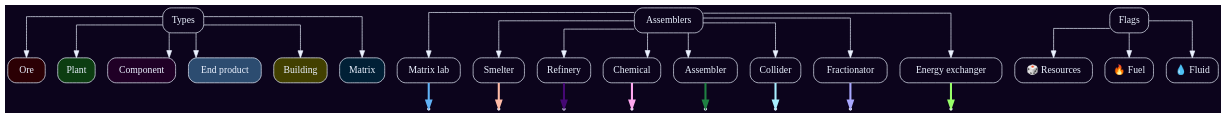
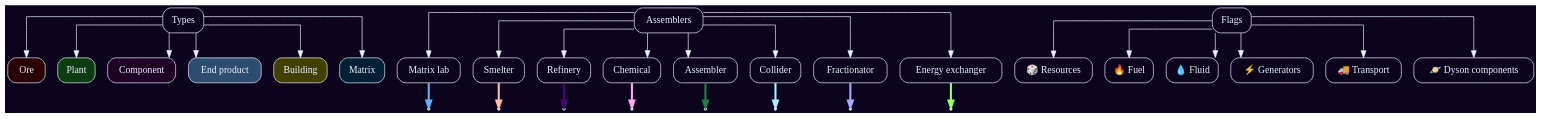
The diagram in graph/legend.gv (Sheridan/dsp_tools), drawn with Graphviz before and after one commit. The commit also changed 5 other files, not shown here.

```diff
--- a/graph/legend.gv
+++ b/graph/legend.gv
@@ -1,22 +1,25 @@
 digraph g {
   graph [overlap=false, splines=ortho, ratio=auto, bgcolor="#0c041c", fontcolor="#ebf2ff", fontname=Roboto, fontsize=10];
   node [shape=box, style="rounded,filled", fontcolor="#ebf2ff", color="#ebf2ff"];
   edge [fontcolor="#ebf2ff", color="#ebf2ff", penwidth=3, minlen=1];
 types [label="Types", fillcolor="#0c041c"]; assemblers [label="Assemblers", fillcolor="#0c041c"]; flags [label="Flags", fillcolor="#0c041c"];   natural_generation [label="🎲 Resources", fillcolor="#0c041c"]; flags ->natural_generation [penwidth=1];
   fuel [label="🔥 Fuel", fillcolor="#0c041c"]; flags ->fuel [penwidth=1];
   fluid [label="💧 Fluid", fillcolor="#0c041c"]; flags ->fluid [penwidth=1];
+  energy_generator [label="⚡️ Generators", fillcolor="#0c041c"]; flags ->energy_generator [penwidth=1];
+  transport [label="🚚 Transport", fillcolor="#0c041c"]; flags ->transport [penwidth=1];
+  dyson [label="🪐 Dyson components", fillcolor="#0c041c"]; flags ->dyson [penwidth=1];
   ore [label="Ore", fillcolor="#2b0004"]; types -> ore [penwidth=1];
   plant [label="Plant", fillcolor="#0c3d11"]; types -> plant [penwidth=1];
   component [label="Component", fillcolor="#200026"]; types -> component [penwidth=1];
   product [label="End product", fillcolor="#2c4c70"]; types -> product [penwidth=1];
   building [label="Building", fillcolor="#424000"]; types -> building [penwidth=1];
   matrix [label="Matrix", fillcolor="#012036"]; types -> matrix [penwidth=1];
   matrix_lab_a [label="Matrix lab", fillcolor="#0c041c"]; matrix_lab_b [shape=point]; assemblers -> matrix_lab_a [penwidth=1]; matrix_lab_a -> matrix_lab_b [color="#62b3f5"]; 
   smelter_a [label="Smelter", fillcolor="#0c041c"]; smelter_b [shape=point]; assemblers -> smelter_a [penwidth=1]; smelter_a -> smelter_b [color="#ffbca8"]; 
   oil_refinery_a [label="Refinery", fillcolor="#0c041c"]; oil_refinery_b [shape=point]; assemblers -> oil_refinery_a [penwidth=1]; oil_refinery_a -> oil_refinery_b [color="#450873"]; 
   chemical_plant_a [label="Chemical", fillcolor="#0c041c"]; chemical_plant_b [shape=point]; assemblers -> chemical_plant_a [penwidth=1]; chemical_plant_a -> chemical_plant_b [color="#ffa8ef"]; 
   assembling_machine_a [label="Assembler", fillcolor="#0c041c"]; assembling_machine_b [shape=point]; assemblers -> assembling_machine_a [penwidth=1]; assembling_machine_a -> assembling_machine_b [color="#1f8042"]; 
   miniature_particle_collider_a [label="Collider", fillcolor="#0c041c"]; miniature_particle_collider_b [shape=point]; assemblers -> miniature_particle_collider_a [penwidth=1]; miniature_particle_collider_a -> miniature_particle_collider_b [color="#a8efff"]; 
   fractionator_a [label="Fractionator", fillcolor="#0c041c"]; fractionator_b [shape=point]; assemblers -> fractionator_a [penwidth=1]; fractionator_a -> fractionator_b [color="#a9a8ff"]; 
   energy_exchanger_a [label="Energy exchanger", fillcolor="#0c041c"]; energy_exchanger_b [shape=point]; assemblers -> energy_exchanger_a [penwidth=1]; energy_exchanger_a -> energy_exchanger_b [color="#98ff69"]; 
   }
```
